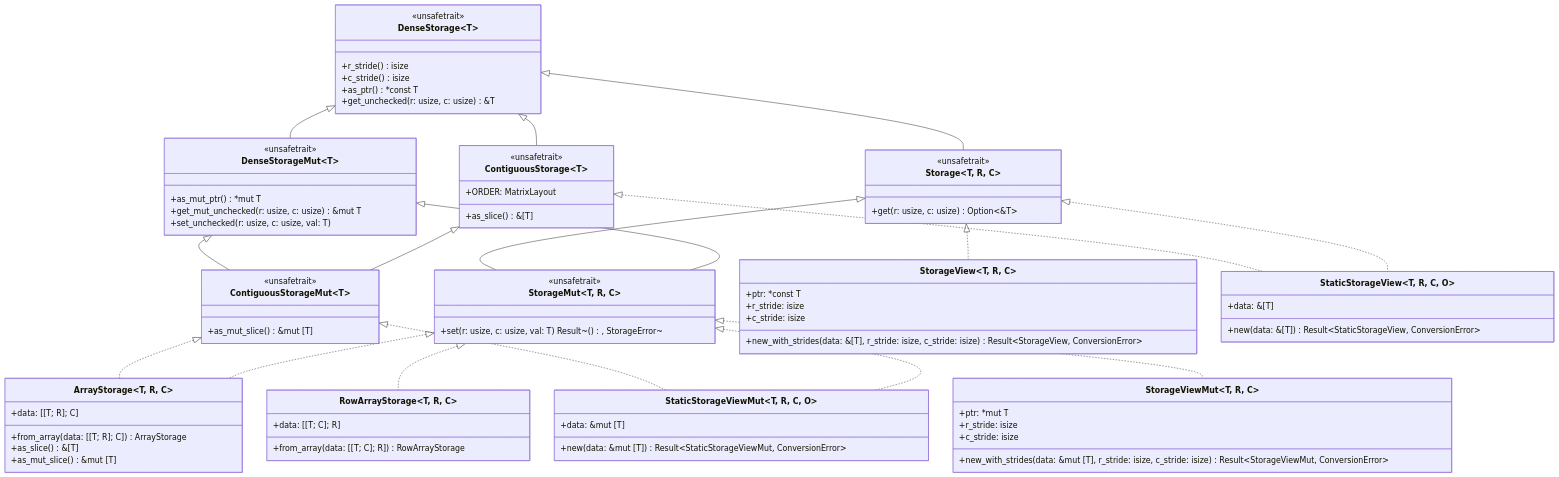
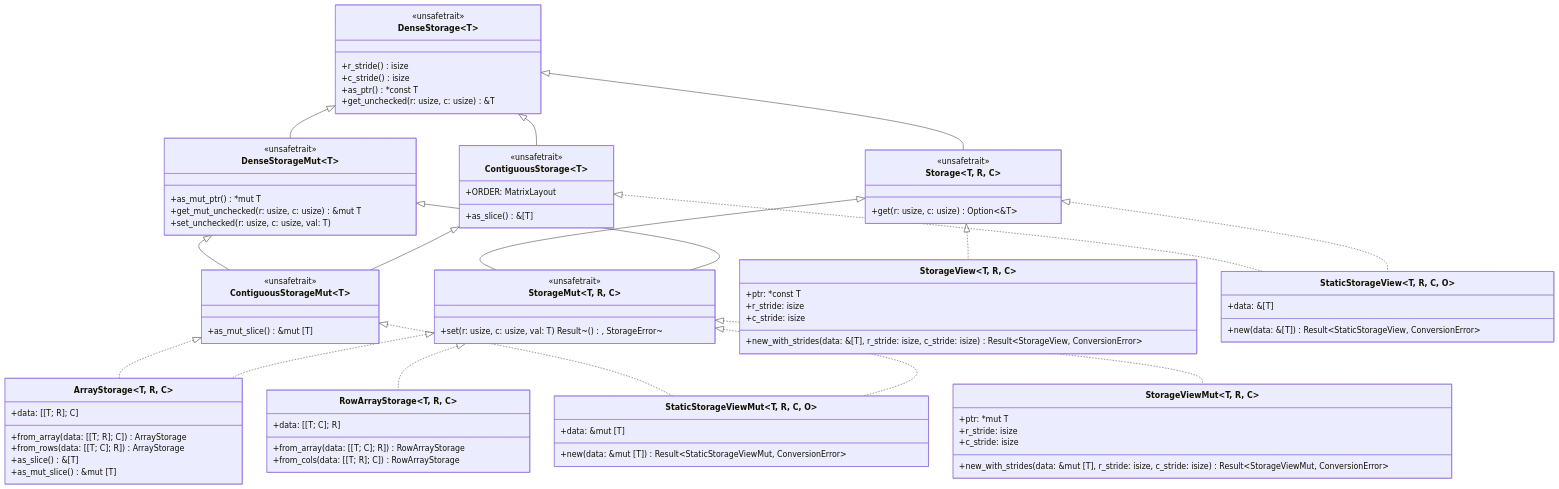
Before and after one commit to Dyse-Industries/control-rs: the first of 3 diagrams in documentation/math/storage-design.md, drawn with Mermaid. The commit also changed other lines of this file and 48 other files, not shown here.

```diff
--- a/documentation/math/storage-design.md
+++ b/documentation/math/storage-design.md
@@ -153,6 +145,7 @@
 class ArrayStorage~T, R, C~ {
 +data: [[T; R]; C]
 +from_array(data: [[T; R]; C]) ArrayStorage
++from_rows(data: [[T; C]; R]) ArrayStorage
 +as_slice() &[T]
 +as_mut_slice() &mut [T]
 }
@@ -160,6 +153,7 @@
 class RowArrayStorage~T, R, C~ {
 +data: [[T; C]; R]
 +from_array(data: [[T; C]; R]) RowArrayStorage
++from_cols(data: [[T; R]; C]) RowArrayStorage
  }
 
 class StorageView~T, R, C~ {
```
